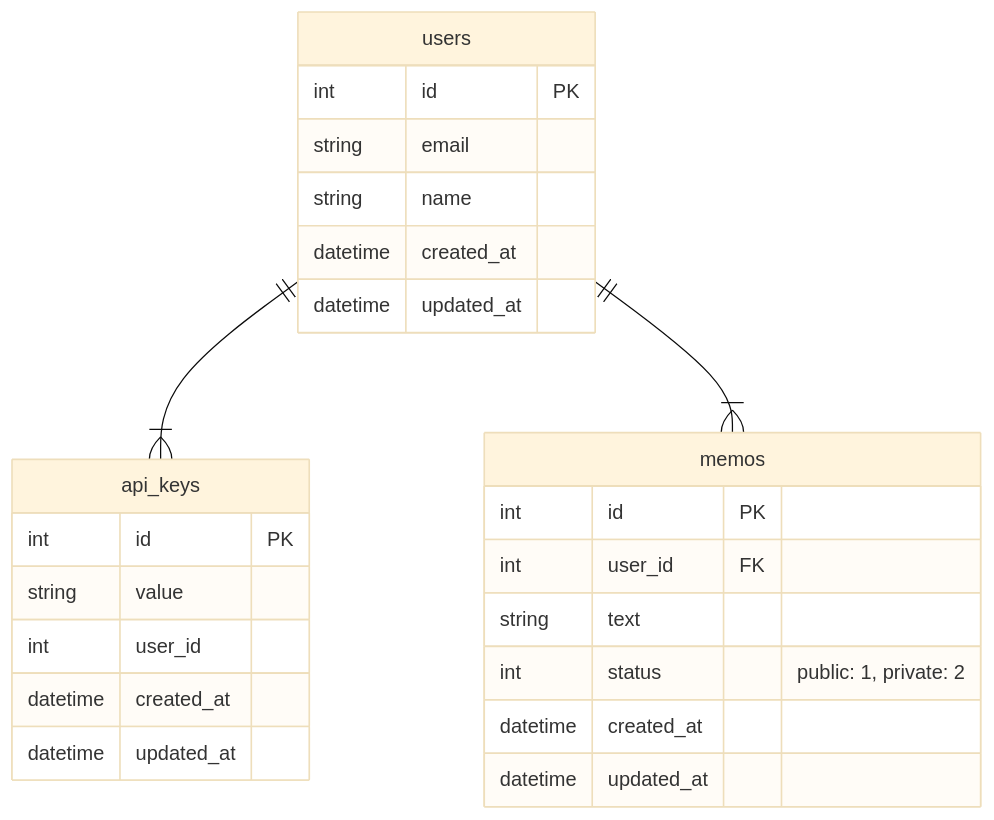
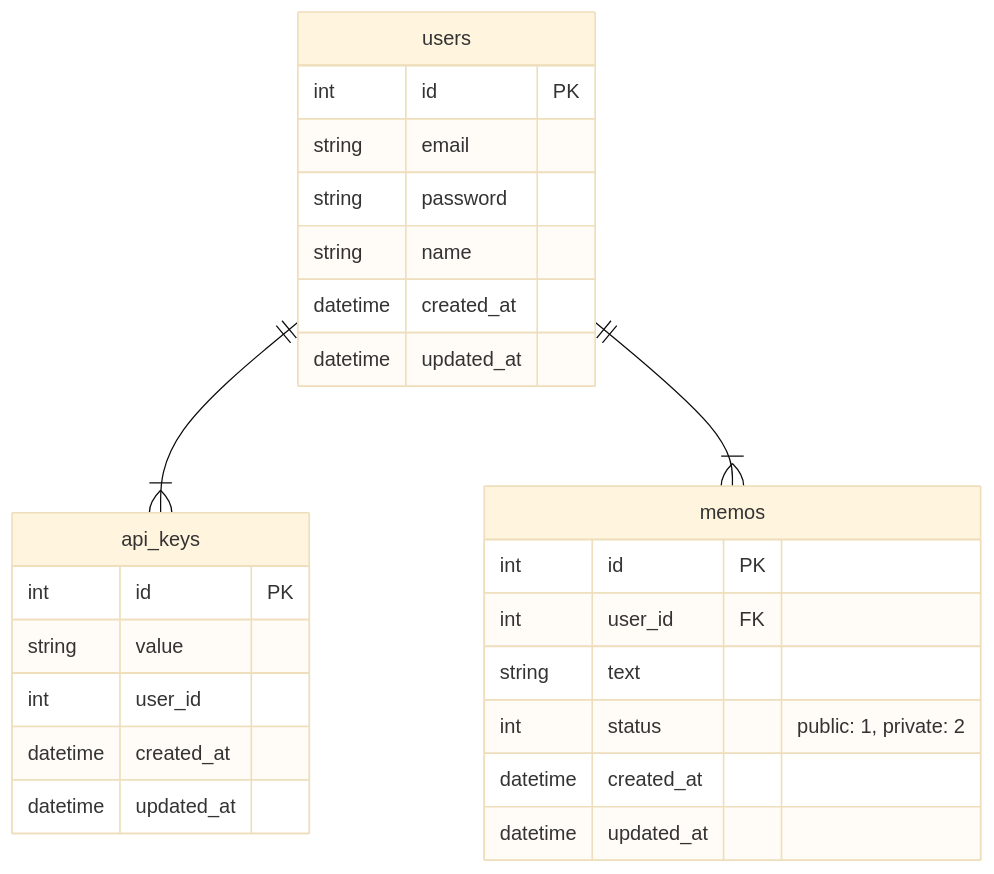
The diagram in design/database.md (alstrocrack/kraken), drawn with Mermaid (base theme) before and after one commit. The commit also changed 2 other files, not shown here.

Commit message:
Add a litte to reissue API Key

````diff
--- a/design/database.md
+++ b/design/database.md
@@ -3,31 +3,33 @@
 ```mermaid
   erDiagram
   users ||--|{ api_keys : ""
   users ||--|{ memos : ""
 
+  %% users: Register password in case API-KEY is reissued
   users {
     int id PK
     string email
+    string password
     string name
     datetime created_at
     datetime updated_at
   }
 
   memos {
     int id PK
     int user_id FK
     string text
     int status "public: 1, private: 2"
     datetime created_at
     datetime updated_at
   }
 
   %% api_keys: Separate tables in case you need to reissue apikey
   api_keys {
     int id PK
     string value
     int user_id
     datetime created_at
     datetime updated_at
   }
 ```
````
